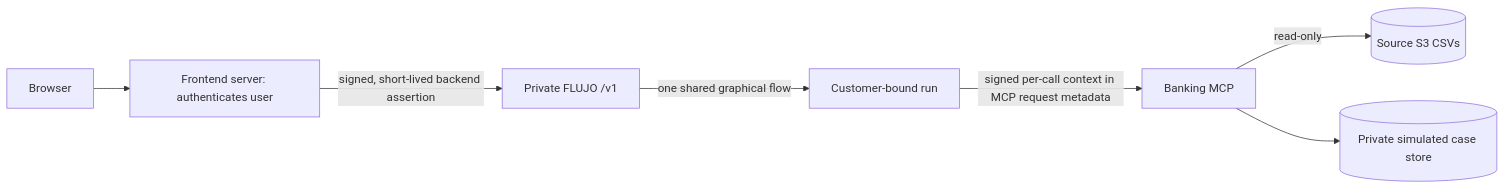
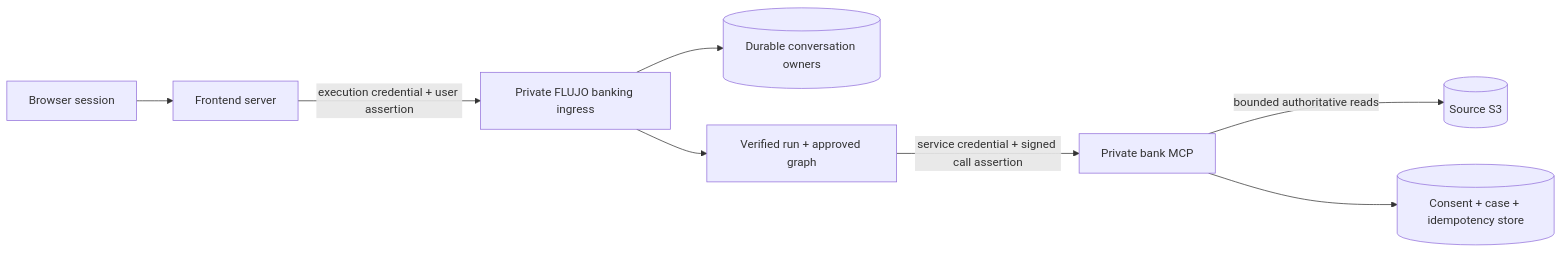
The diagram in docs/FLUJO_BANKING_RUN_AUTH.md (mario-andreschak/factored-hackathon-2026-mcg), drawn with Mermaid before and after one commit. The commit also changed other lines of this file and 7 other files, not shown here.

Commit message:
Review FLUJO banking authorization and record verified transport probes

````diff
--- a/docs/FLUJO_BANKING_RUN_AUTH.md
+++ b/docs/FLUJO_BANKING_RUN_AUTH.md
@@ -15,9 +30,10 @@
 ```mermaid
 flowchart LR
-  B[Browser] --> W[Frontend server: authenticates user]
-  W -->|signed, short-lived backend assertion| F[Private FLUJO /v1]
-  F -->|one shared graphical flow| R[Customer-bound run]
-  R -->|signed per-call context in MCP request metadata| M[Banking MCP]
-  M -->|read-only| S[(Source S3 CSVs)]
-  M --> C[(Private simulated case store)]
+  B[Browser session] --> W[Frontend server]
+  W -->|execution credential + user assertion| I[Private FLUJO banking ingress]
+  I --> O[(Durable conversation owners)]
+  I --> R[Verified run + approved graph]
+  R -->|service credential + signed call assertion| M[Private bank MCP]
+  M -->|bounded authoritative reads| S[(Source S3)]
+  M --> C[(Consent + case + idempotency store)]
 ```
````
